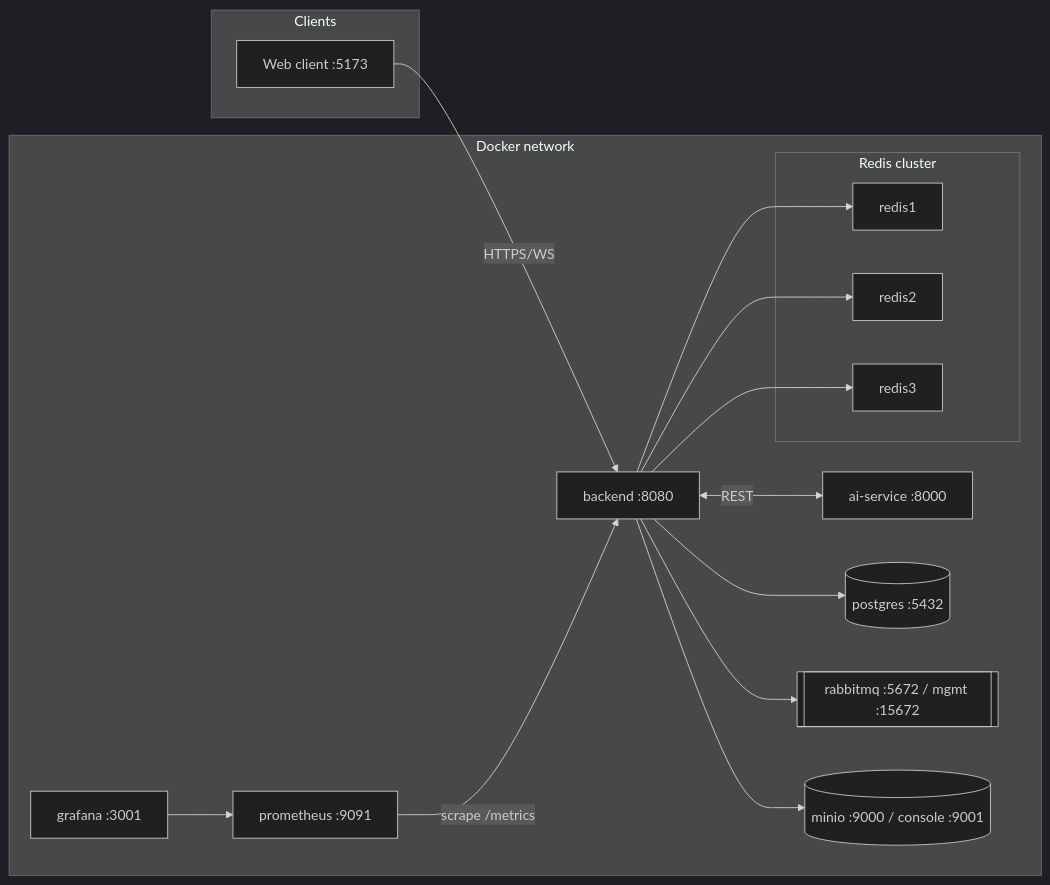
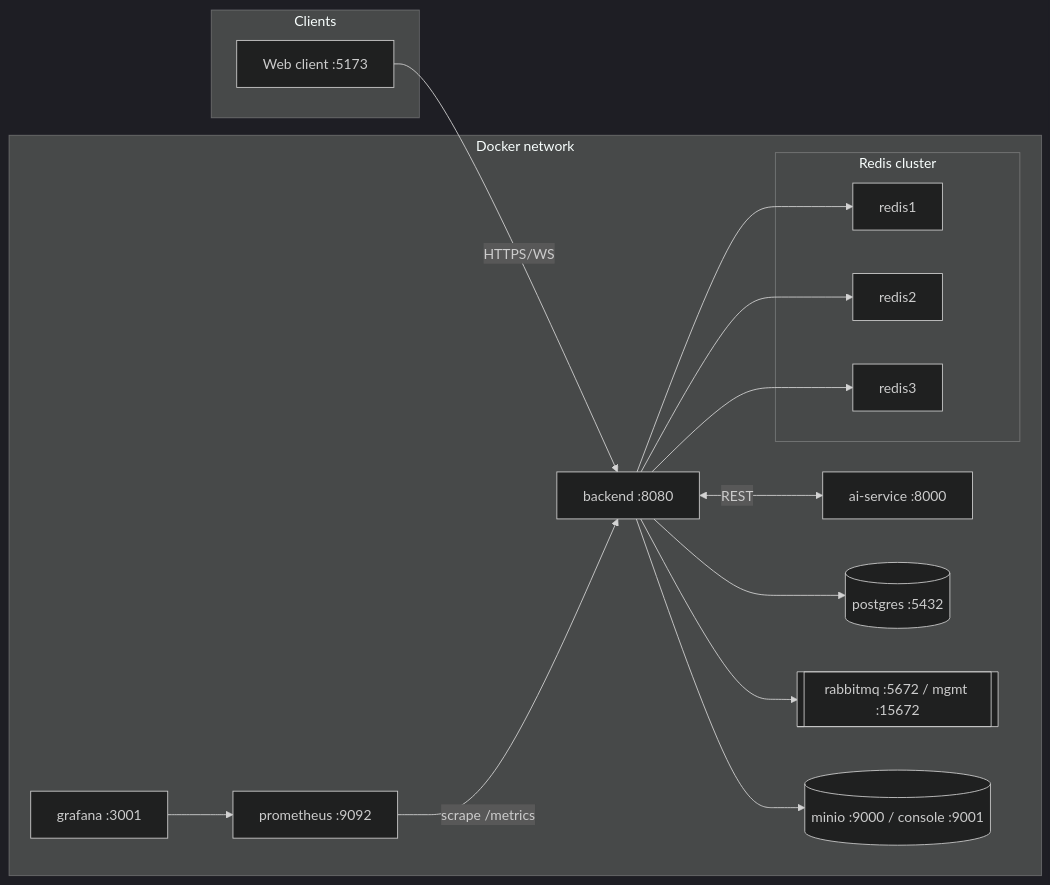
One commit to MuhibNayem/Quantify changed the second of 3 diagrams in docs/architecture.md. Above: the diagram before and after it, drawn with Mermaid (dark theme). The commit also changed other lines of this file and 200 other files, not shown here.

````diff
--- a/docs/architecture.md
+++ b/docs/architecture.md
@@ -199,30 +199,30 @@
 ```mermaid
 flowchart LR
     subgraph Clients
         FE[Web client :5173]
     end
 
     subgraph "Docker network"
         BE[backend :8080]
         AI[ai-service :8000]
         PG[(postgres :5432)]
         subgraph "Redis cluster"
             R1[redis1]
             R2[redis2]
             R3[redis3]
         end
         MQ[[rabbitmq :5672 / mgmt :15672]]
         MIO[(minio :9000 / console :9001)]
-        PROM[prometheus :9091]
+        PROM[prometheus :9092]
         GRAF[grafana :3001]
     end
 
     FE -->|HTTPS/WS| BE
     BE --> PG
     BE --> R1 & R2 & R3
     BE --> MQ
     BE --> MIO
     BE <-->|REST| AI
     PROM -->|scrape /metrics| BE
     GRAF --> PROM
 ```
````
